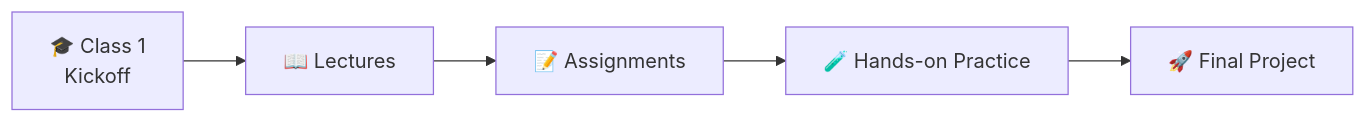
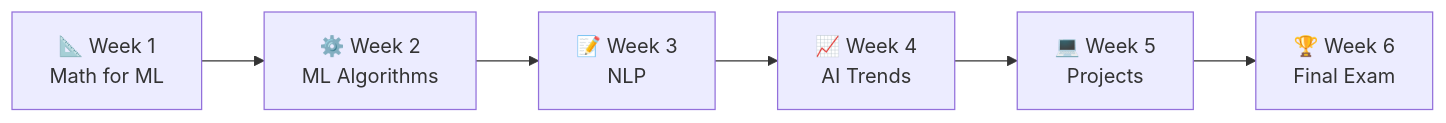
Before and after one commit to nethen-ui/AI-Hub: the diagram in README.md, drawn with Mermaid. The commit also changed other lines of this file, not shown here.

````diff
--- a/README.md
+++ b/README.md
@@ -85,7 +70,8 @@
 ```mermaid
 flowchart LR
-    A[🎓 Class 1<br/>Kickoff] --> B[📖 Lectures]
-    B --> C[📝 Assignments]
-    C --> D[🧪 Hands-on Practice]
-    D --> E[🚀 Final Project]
+    A[📐 Week 1<br/>Math for ML] --> B[⚙️ Week 2<br/>ML Algorithms]
+    B --> C[📝 Week 3<br/>NLP]
+    C --> D[📈 Week 4<br/>AI Trends]
+    D --> E[💻 Week 5<br/>Projects]
+    E --> F[🏆 Week 6<br/>Final Exam]
 ```
````
